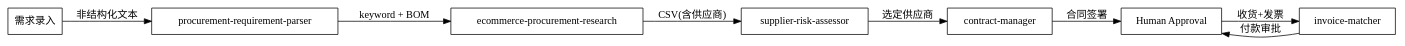
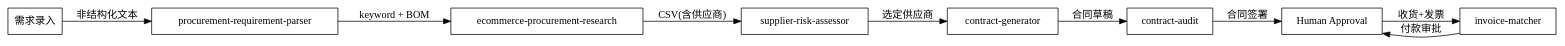
One commit to techwolf139/srm changed the first of 3 diagrams in docs/SKILLS.md. Above: the diagram before and after it, drawn with Graphviz. The commit also changed other lines of this file, not shown here.

Commit message:
docs: split contract-manager into contract-generator and contract-audit

````diff
--- a/docs/SKILLS.md
+++ b/docs/SKILLS.md
@@ -413,14 +422,15 @@
 ```dot
 digraph procurement_lifecycle {
     rankdir=LR;
     node [shape=box];
     
     "需求录入" -> "procurement-requirement-parser" [label="非结构化文本"];
     "procurement-requirement-parser" -> "ecommerce-procurement-research" [label="keyword + BOM"];
     "ecommerce-procurement-research" -> "supplier-risk-assessor" [label="CSV(含供应商)"];
-    "supplier-risk-assessor" -> "contract-manager" [label="选定供应商"];
-    "contract-manager" -> "Human Approval" [label="合同签署"];
+    "supplier-risk-assessor" -> "contract-generator" [label="选定供应商"];
+    "contract-generator" -> "contract-audit" [label="合同草稿"];
+    "contract-audit" -> "Human Approval" [label="合同签署"];
     "Human Approval" -> "invoice-matcher" [label="收货+发票"];
     "invoice-matcher" -> "Human Approval" [label="付款审批"];
 }
 ```
````
